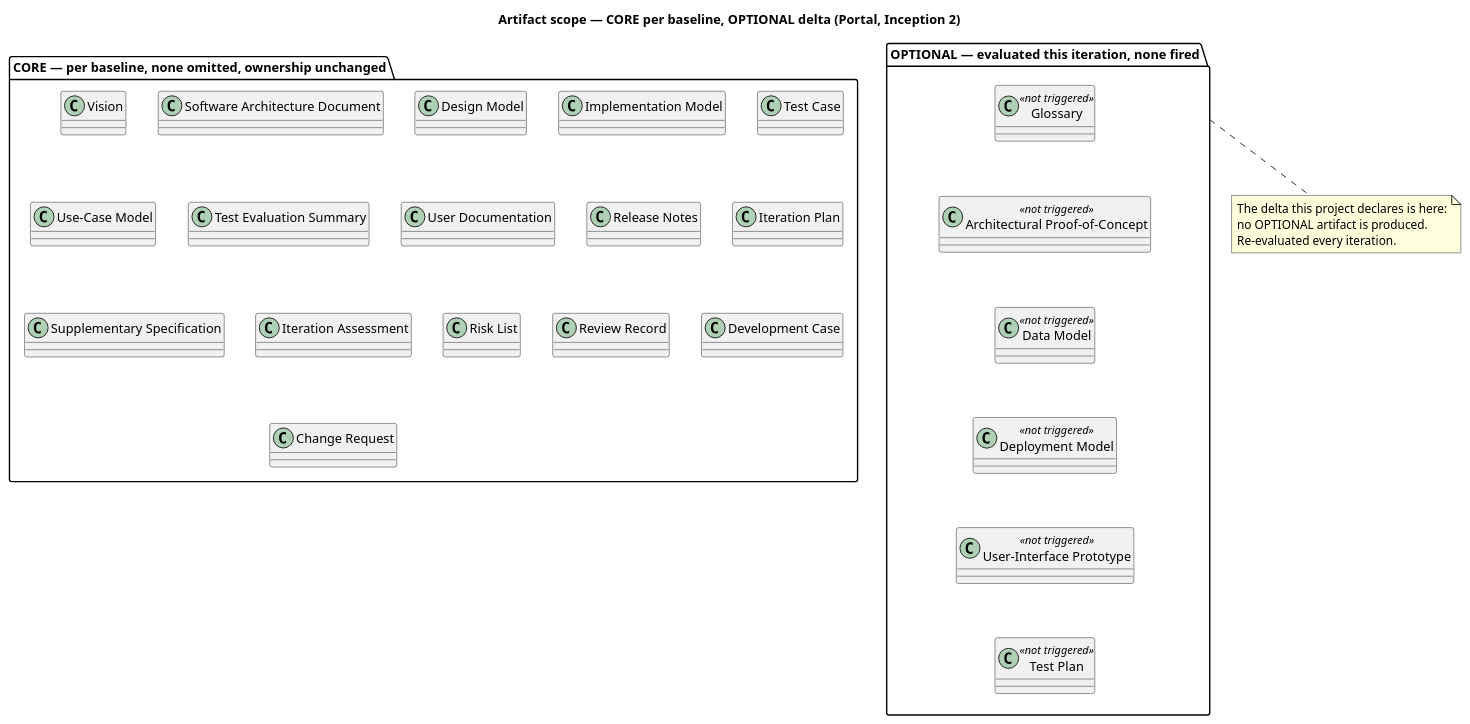
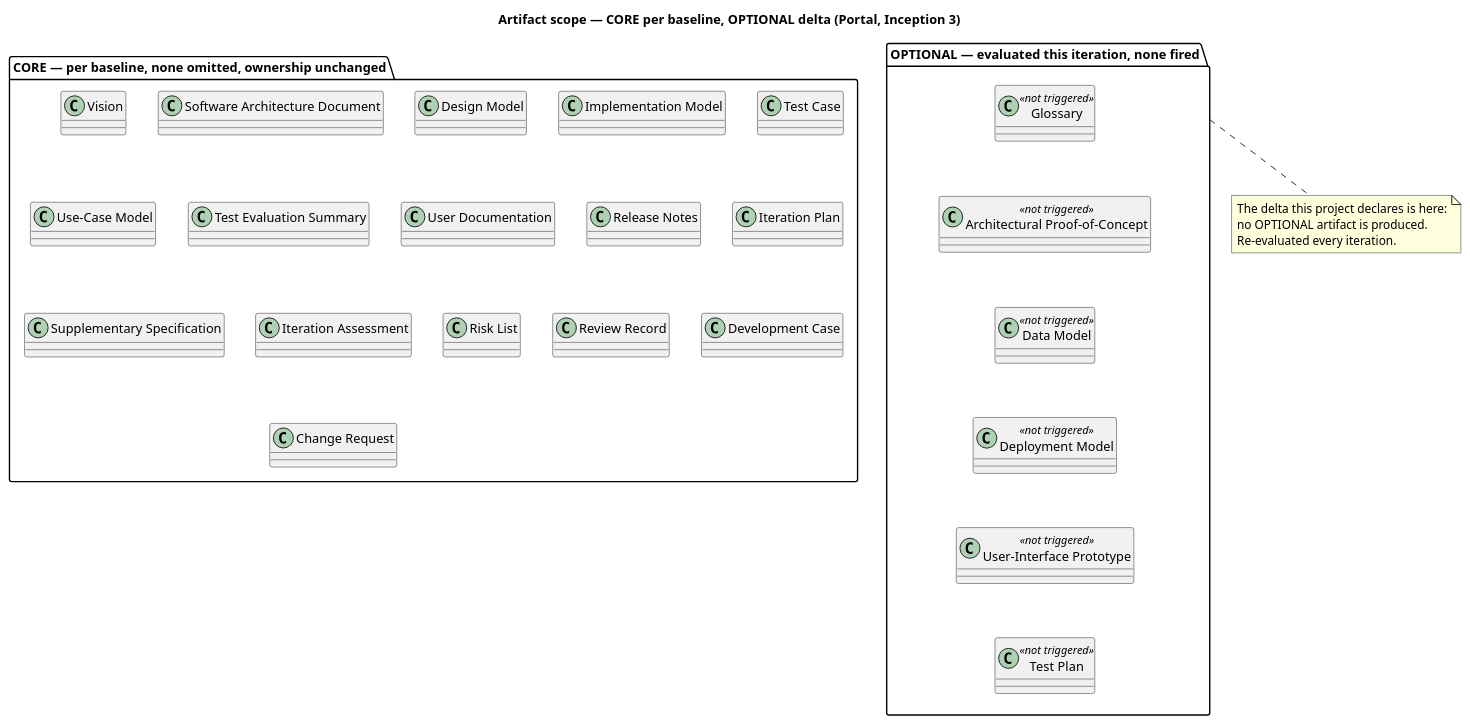
Before and after one commit to banense-test/portal: the fourth of 6 diagrams in docs/artifacts/environment/development-case.md, drawn with PlantUML.

Commit message:
Process Engineer [I3]: upsert Development Case
[skip ci]

````diff
--- a/docs/artifacts/environment/development-case.md
+++ b/docs/artifacts/environment/development-case.md
@@ -268,49 +268,49 @@
 ```plantuml
 @startuml
-title Artifact scope — CORE per baseline, OPTIONAL delta (Portal, Inception 2)
+title Artifact scope — CORE per baseline, OPTIONAL delta (Portal, Inception 3)
 
 skinparam classAttributeIconSize 0
 
 package "CORE — per baseline, none omitted, ownership unchanged" as CORE {
   class "Vision" as VIS
   class "Use-Case Model" as UCM
   class "Supplementary Specification" as SS
   class "Software Architecture Document" as SAD
   class "Design Model" as DM
   class "Implementation Model" as IM
   class "Test Case" as TC
   class "Test Evaluation Summary" as TES
   class "User Documentation" as UD
   class "Release Notes" as RN
   class "Iteration Plan" as IP
   class "Iteration Assessment" as IA
   class "Risk List" as RL
   class "Review Record" as RR
   class "Development Case" as DC
   class "Change Request" as CR
 }
 
 package "OPTIONAL — evaluated this iteration, none fired" as OPT {
   class "Glossary" as GL <<not triggered>>
   class "Architectural Proof-of-Concept" as POC <<not triggered>>
   class "Data Model" as DMO <<not triggered>>
   class "Deployment Model" as DPM <<not triggered>>
   class "User-Interface Prototype" as UIP <<not triggered>>
   class "Test Plan" as TP <<not triggered>>
 }
 
 note bottom of OPT
   The delta this project declares is here:
   no OPTIONAL artifact is produced.
   Re-evaluated every iteration.
 end note
 
 VIS -[hidden]- UCM
 UCM -[hidden]- SS
 GL -[hidden]- POC
 POC -[hidden]- DMO
 DMO -[hidden]- DPM
 DPM -[hidden]- UIP
 UIP -[hidden]- TP
 @enduml
 ```
````
